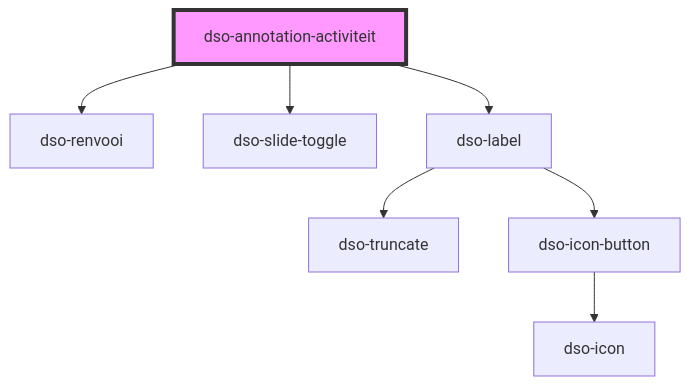
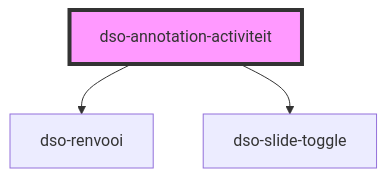
One commit to dso-toolkit/dso-toolkit changed the diagram in packages/core/src/components/annotation/annotation-activiteit/readme.md. Above: the diagram before and after it, drawn with Mermaid. The commit also changed other lines of this file and 20 other files, not shown here.

Commit message:
#4033 [Changed] Annotation: Label moet kunnen worden aangepast

````diff
--- a/packages/core/src/components/annotation/annotation-activiteit/readme.md
+++ b/packages/core/src/components/annotation/annotation-activiteit/readme.md
@@ -37,10 +42,6 @@
 ```mermaid
 graph TD;
   dso-annotation-activiteit --> dso-renvooi
   dso-annotation-activiteit --> dso-slide-toggle
-  dso-annotation-activiteit --> dso-label
-  dso-label --> dso-truncate
-  dso-label --> dso-icon-button
-  dso-icon-button --> dso-icon
   style dso-annotation-activiteit fill:#f9f,stroke:#333,stroke-width:4px
 ```
````
